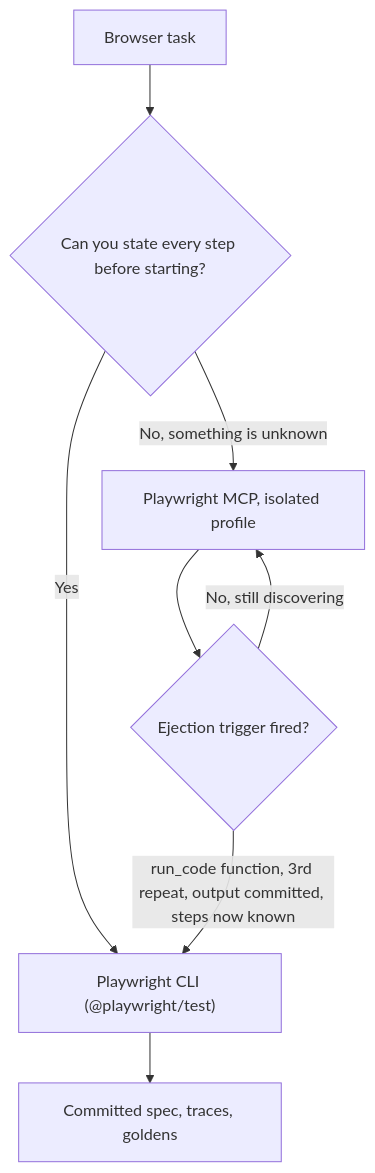
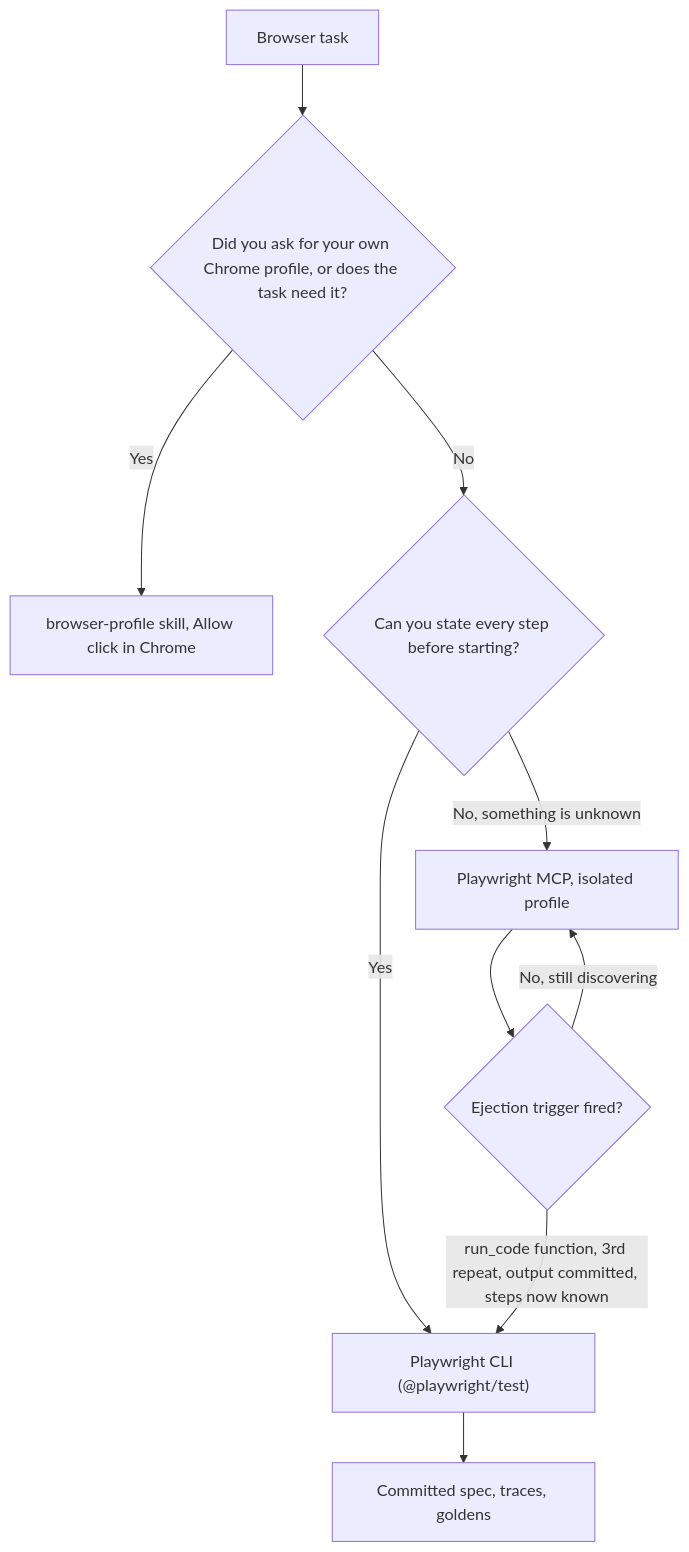
One commit to carlosboeing/agentic-toolkit changed the diagram in guides/guide-browser-automation-mcp-vs-cli.md. Above: the diagram before and after it, drawn with Mermaid. The commit also changed other lines of this file and 10 other files, not shown here.

First line of the commit message:
feat(browser-profile): add skill for the user's own Chrome profile (#39)

````diff
--- a/guides/guide-browser-automation-mcp-vs-cli.md
+++ b/guides/guide-browser-automation-mcp-vs-cli.md
@@ -233,10 +264,12 @@
 ```mermaid
 flowchart TD
-    A["Browser task"] --> B{"Can you state every step before starting?"}
+    A["Browser task"] --> S{"Did you ask for your own Chrome profile, or does the task need it?"}
+    S -->|"Yes"| P["browser-profile skill, Allow click in Chrome"]
+    S -->|"No"| B{"Can you state every step before starting?"}
     B -->|"Yes"| D["Playwright CLI (@playwright/test)"]
     B -->|"No, something is unknown"| E["Playwright MCP, isolated profile"]
     E --> G{"Ejection trigger fired?"}
     G -->|"run_code function, 3rd repeat, output committed, steps now known"| D
     G -->|"No, still discovering"| E
     D --> H["Committed spec, traces, goldens"]
 ```
````
